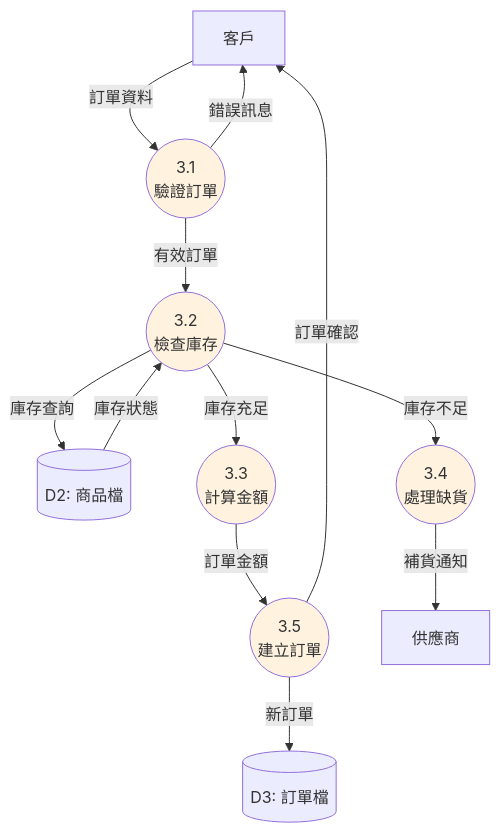
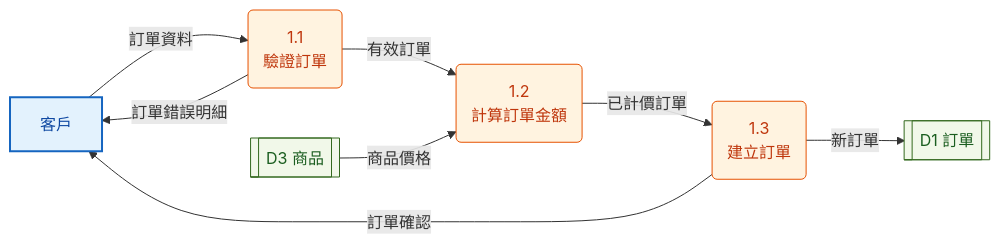
Before and after one commit to chihhung/Blog: diagram 17 of 35 in content/posts/教學/分析與設計/資料流程圖(DFD)教學.md, drawn with Mermaid. The commit also changed other lines of this file and 1 other file, not shown here.

````diff
--- a/content/posts/教學/分析與設計/資料流程圖(DFD)教學.md
+++ b/content/posts/教學/分析與設計/資料流程圖(DFD)教學.md
@@ -755,24 +1231,19 @@
 ```mermaid
-graph TD
-    A[客戶] -->|訂單資料| B((3.1<br/>驗證訂單))
-    B -->|有效訂單| C((3.2<br/>檢查庫存))
-    B -->|錯誤訊息| A
-    
-    C -->|庫存查詢| D[(D2: 商品檔)]
-    D -->|庫存狀態| C
-    
-    C -->|庫存充足| E((3.3<br/>計算金額))
-    C -->|庫存不足| F((3.4<br/>處理缺貨))
-    
-    E -->|訂單金額| G((3.5<br/>建立訂單))
-    F -->|補貨通知| H[供應商]
-    
-    G -->|新訂單| I[(D3: 訂單檔)]
-    G -->|訂單確認| A
-    
-    style B fill:#fff3e0
-    style C fill:#fff3e0
-    style E fill:#fff3e0
-    style F fill:#fff3e0
-    style G fill:#fff3e0
+flowchart LR
+    n1["客戶"]:::ent
+    n2("1.1<br/>驗證訂單"):::proc
+    n3("1.2<br/>計算訂單金額"):::proc
+    n4("1.3<br/>建立訂單"):::proc
+    n5[["D1 訂單"]]:::store
+    n6[["D3 商品"]]:::store
+    n1 -->|訂單資料| n2
+    n2 -->|訂單錯誤明細| n1
+    n2 -->|有效訂單| n3
+    n6 -->|商品價格| n3
+    n3 -->|已計價訂單| n4
+    n4 -->|新訂單| n5
+    n4 -->|訂單確認| n1
+    classDef ent fill:#e3f2fd,stroke:#1565c0,stroke-width:2px,color:#0d47a1
+    classDef proc fill:#fff3e0,stroke:#e65100,color:#bf360c
+    classDef store fill:#f1f8e9,stroke:#33691e,color:#1b5e20
 ```
````
